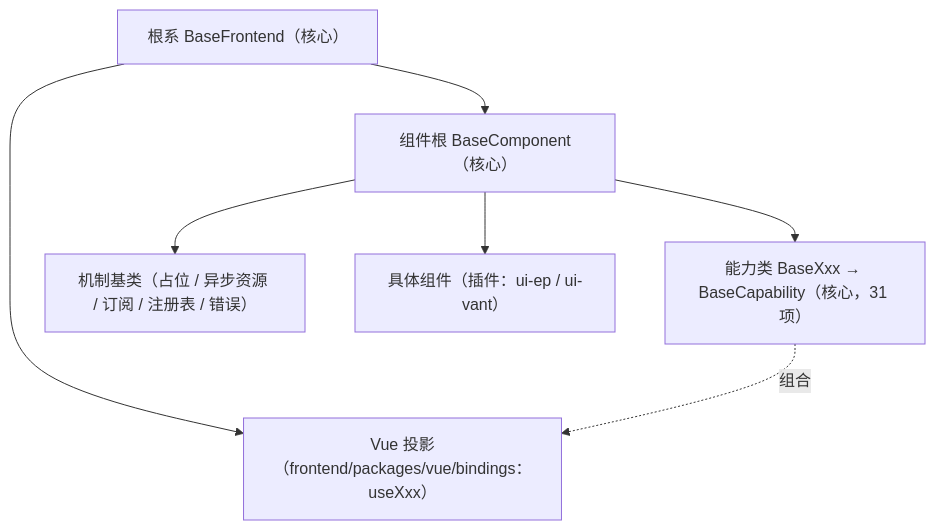
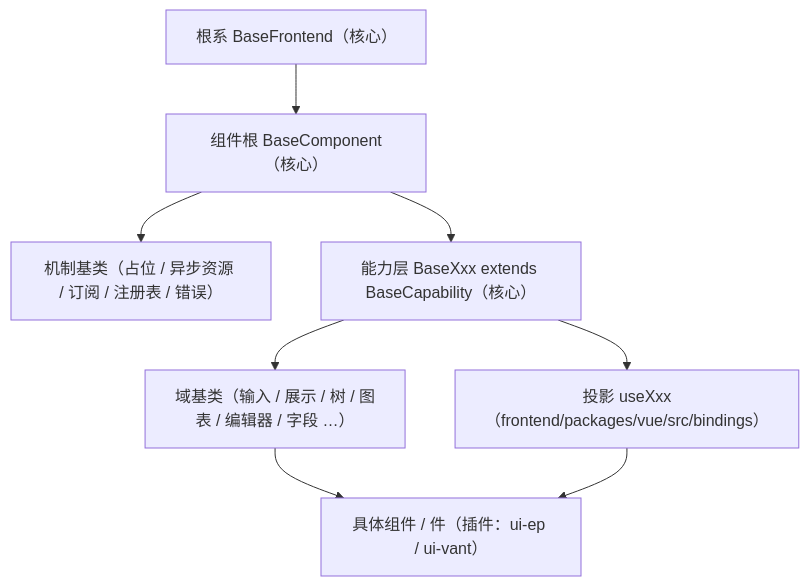
The diagram in bms文档/规范/前端开发规范.md (minjian123/basic-management-system), drawn with Mermaid before and after one commit. The commit also changed other lines of this file and 10 other files, not shown here.

````diff
--- a/bms文档/规范/前端开发规范.md
+++ b/bms文档/规范/前端开发规范.md
@@ -92,9 +104,10 @@
 ```mermaid
 flowchart TD
     ROOT["根系 BaseFrontend（核心）"] --> COMP["组件根 BaseComponent（核心）"]
-    COMP --> CAP["能力类 BaseXxx → BaseCapability（核心，31 项）"]
     COMP --> MECH["机制基类（占位 / 异步资源 / 订阅 / 注册表 / 错误）"]
-    COMP --> C["具体组件（插件：ui-ep / ui-vant）"]
-    ROOT --> PROJ["Vue 投影（frontend/packages/vue/bindings：useXxx）"]
-    CAP -.组合.-> PROJ
+    COMP --> CAP["能力层 BaseXxx extends BaseCapability（核心）"]
+    CAP --> DOM["域基类（输入 / 展示 / 树 / 图表 / 编辑器 / 字段 …）"]
+    DOM --> C["具体组件 / 件（插件：ui-ep / ui-vant）"]
+    CAP --> PROJ["投影 useXxx（frontend/packages/vue/src/bindings）"]
+    PROJ --> C
 ```
````
